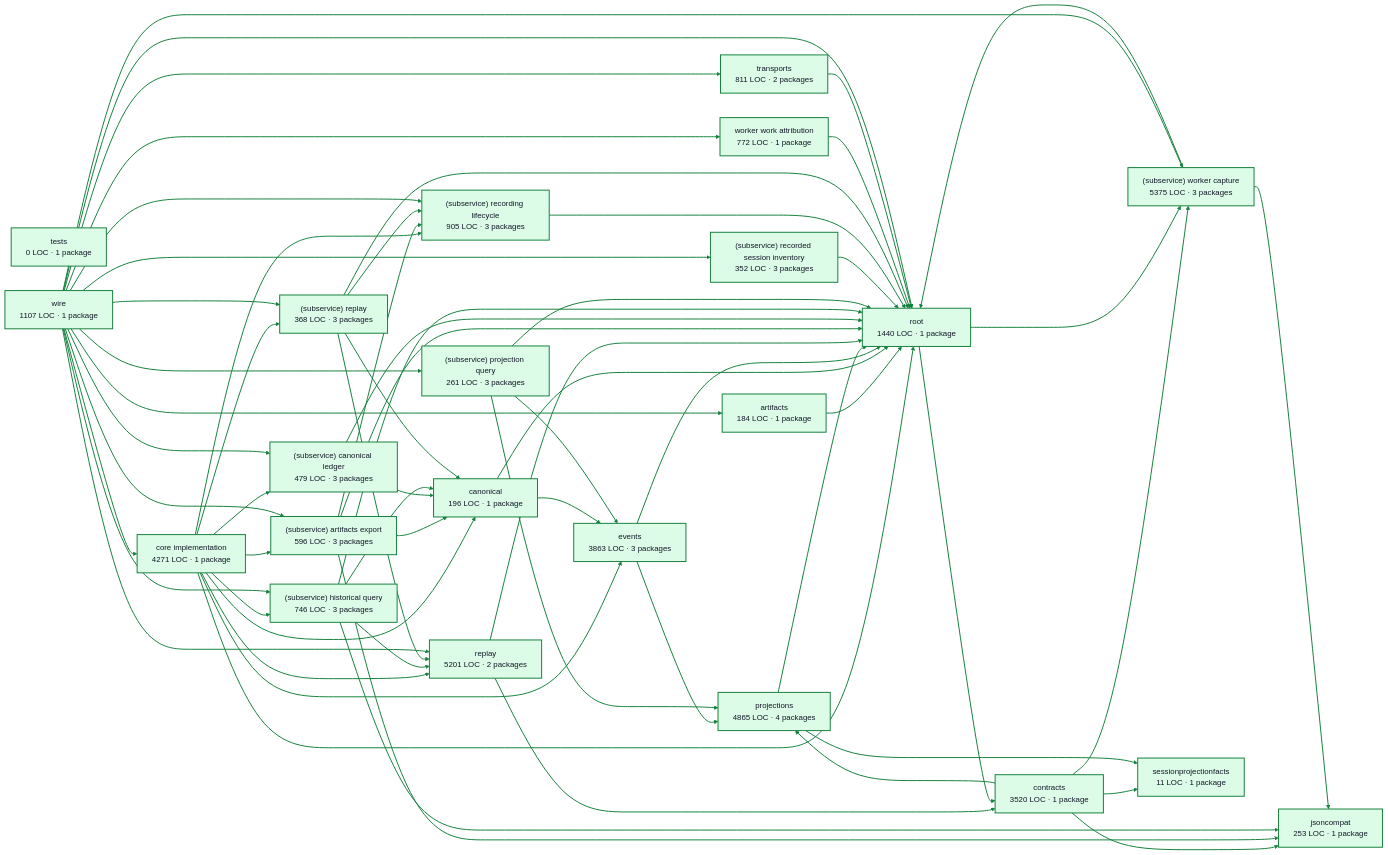
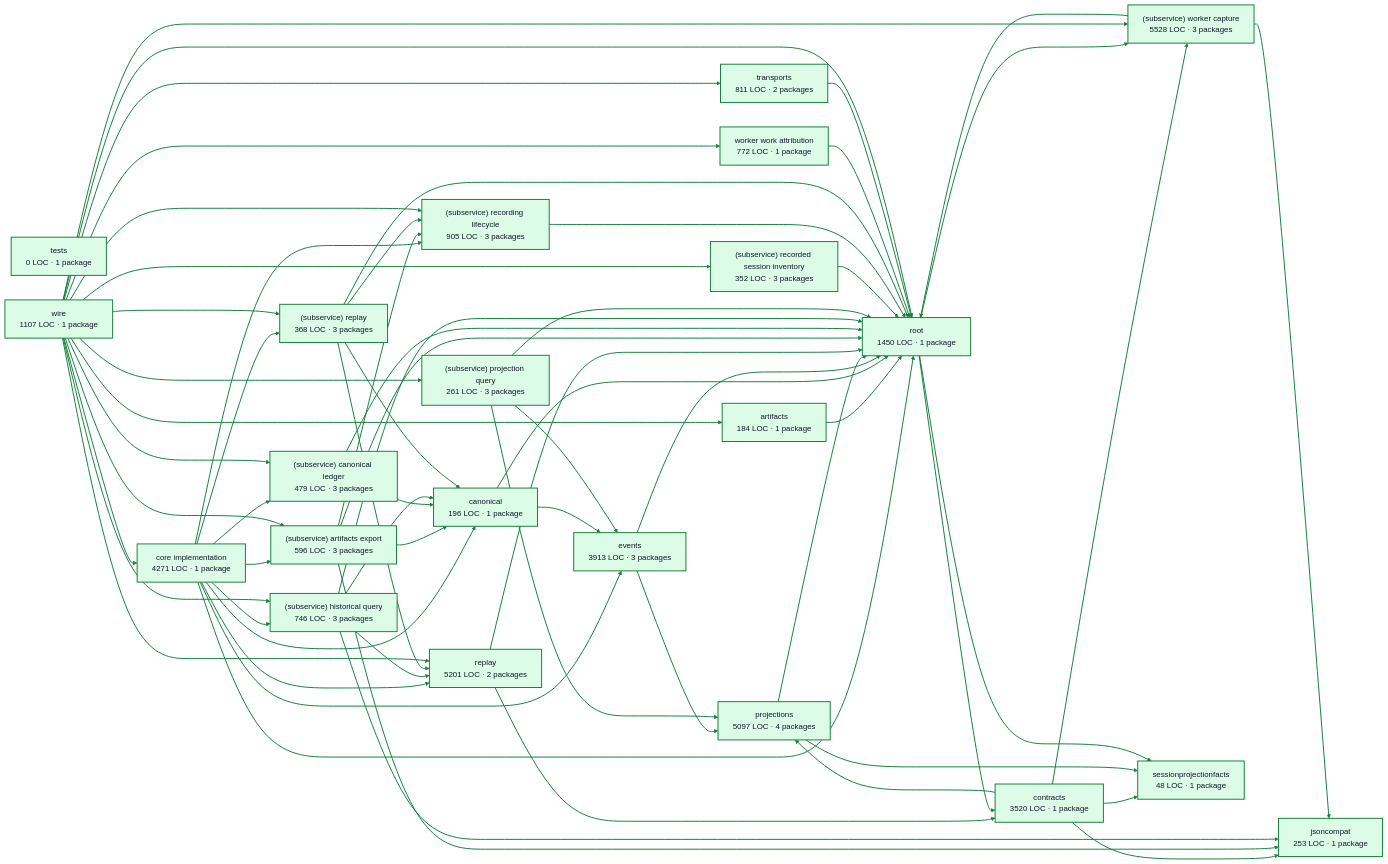
The diagram in docs/architecture/visualizations/services/recordings.md (portpowered/you-agent-factory), drawn with Mermaid before and after one commit. The commit also changed other lines of this file and 20 other files, not shown here.

Commit message:
docs: refresh backend architecture visualizations

```diff
--- a/docs/architecture/visualizations/services/recordings.md
+++ b/docs/architecture/visualizations/services/recordings.md
@@ -14,9 +14,9 @@
   p1["artifacts<br/>184 LOC · 1 package"]
   p2["canonical<br/>196 LOC · 1 package"]
   p3["contracts<br/>3520 LOC · 1 package"]
-  p4["events<br/>3863 LOC · 3 packages"]
+  p4["events<br/>3913 LOC · 3 packages"]
   p5["jsoncompat<br/>253 LOC · 1 package"]
-  p6["projections<br/>4865 LOC · 4 packages"]
+  p6["projections<br/>5097 LOC · 4 packages"]
   p7["replay<br/>5201 LOC · 2 packages"]
   p8["(subservice) artifacts export<br/>596 LOC · 3 packages"]
   p9["(subservice) canonical ledger<br/>479 LOC · 3 packages"]
@@ -25,11 +25,11 @@
   p12["(subservice) recorded session inventory<br/>352 LOC · 3 packages"]
   p13["(subservice) recording lifecycle<br/>905 LOC · 3 packages"]
   p14["(subservice) replay<br/>368 LOC · 3 packages"]
-  p15["(subservice) worker capture<br/>5375 LOC · 3 packages"]
-  p16["sessionprojectionfacts<br/>11 LOC · 1 package"]
+  p15["(subservice) worker capture<br/>5528 LOC · 3 packages"]
+  p16["sessionprojectionfacts<br/>48 LOC · 1 package"]
   p17["tests<br/>0 LOC · 1 package"]
   p18["worker work attribution<br/>772 LOC · 1 package"]
-  p19["root<br/>1440 LOC · 1 package"]
+  p19["root<br/>1450 LOC · 1 package"]
   p20["transports<br/>811 LOC · 2 packages"]
   p21["wire<br/>1107 LOC · 1 package"]
   p0 --> p2
@@ -78,6 +78,7 @@
   p18 --> p19
   p19 --> p3
   p19 --> p15
+  p19 --> p16
   p20 --> p19
   p21 --> p0
   p21 --> p1
```
